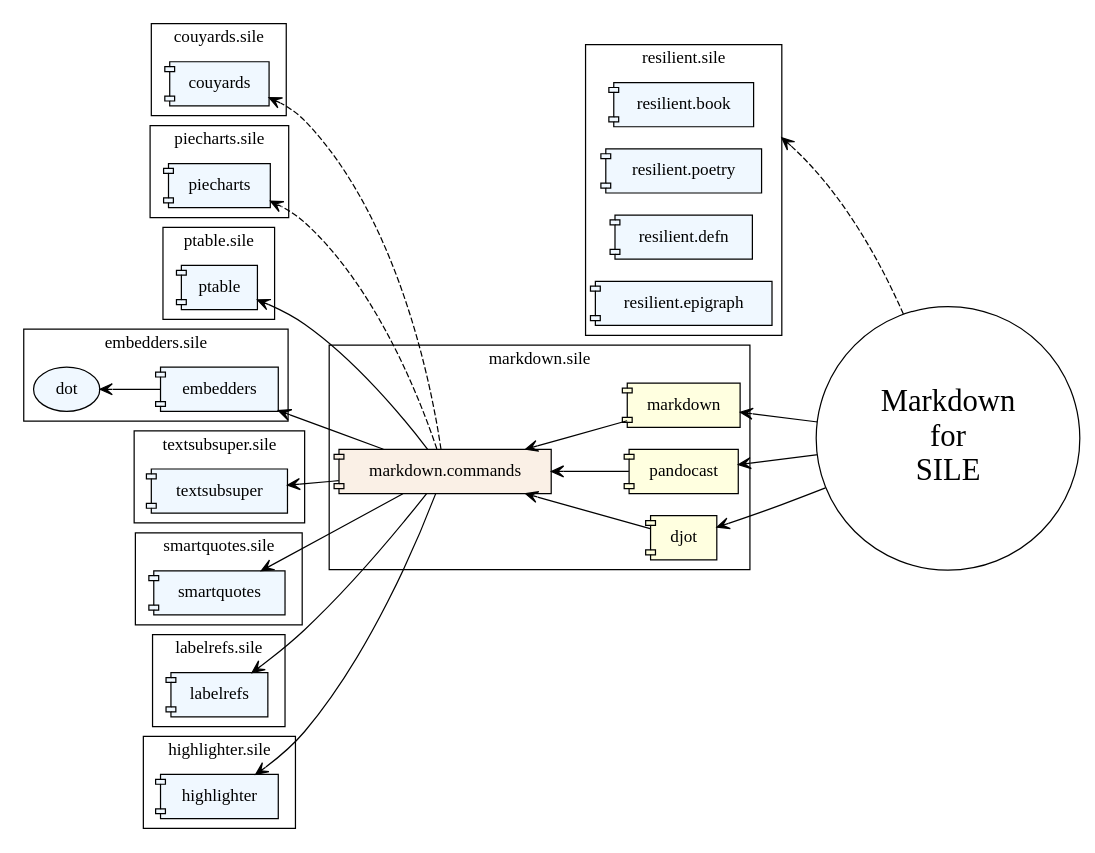
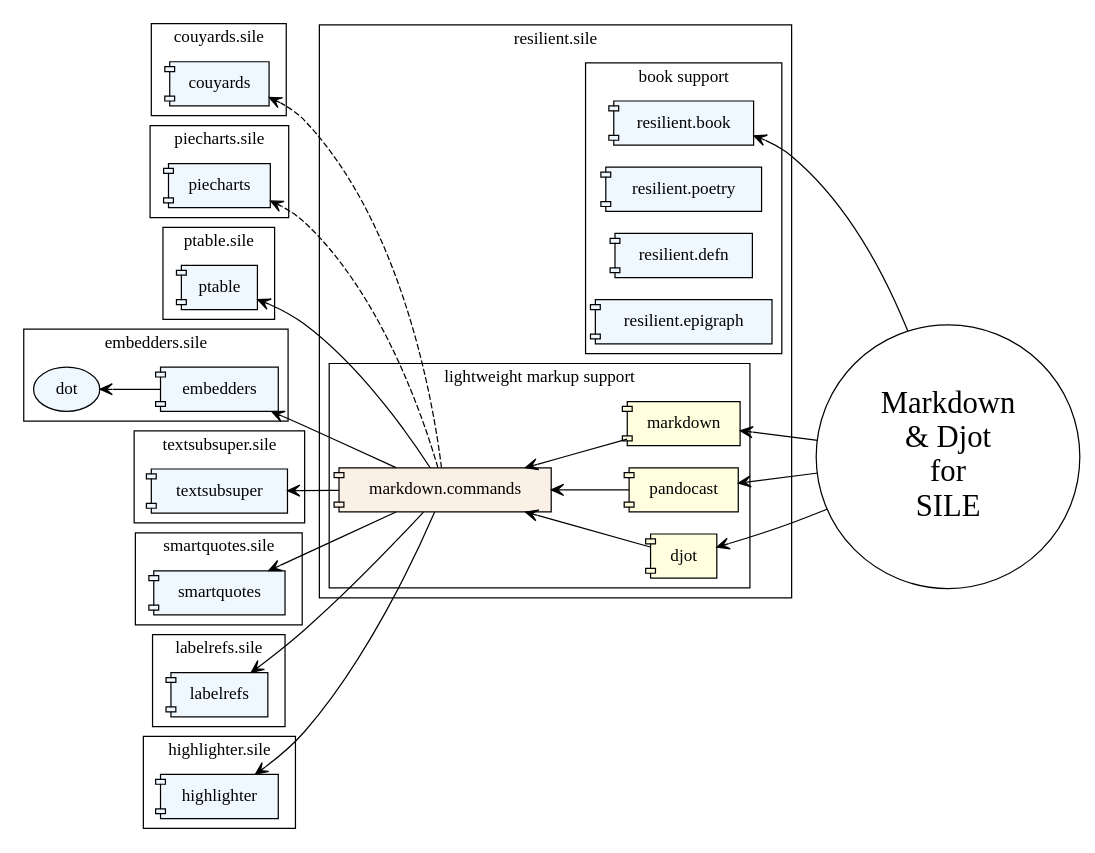
One commit to Omikhleia/resilient.sile changed the diagram in guides/djot-markdown/markdown-sile-schema.dot. Above: the diagram before and after it, drawn with Graphviz. The commit also changed 14 other files, not shown here.

Commit message:
docs: Remove mentions of markdown.sile and update wording

```diff
--- a/guides/djot-markdown/markdown-sile-schema.dot
+++ b/guides/djot-markdown/markdown-sile-schema.dot
@@ -1,97 +1,101 @@
 digraph omikhleia {
   rankdir=RL;
   compound=true;
   edge [
     arrowhead="vee"
   ];
 
   subgraph cluster_couyards {
     label = "couyards.sile";
 
     couyards [shape=component,style=filled,fillcolor=aliceblue]
   }
 
   subgraph cluster_piecharts {
     label = "piecharts.sile";
 
     piecharts [shape=component,style=filled,fillcolor=aliceblue]
   }
 
   subgraph cluster_ptable {
     label = "ptable.sile";
 
     ptable [shape=component,style=filled,fillcolor=aliceblue]
   }
 
   subgraph cluster_embedders {
     label = "embedders.sile";
 
     embedders [shape=component,style=filled,fillcolor=aliceblue]
     dot [style=filled,fillcolor=aliceblue]
 
     embedders -> dot
   }
 
   subgraph cluster_textsubsuper {
     label = "textsubsuper.sile";
 
     textsubsuper [shape=component,style=filled,fillcolor=aliceblue]
   }
 
   subgraph cluster_smartquotes {
     label = "smartquotes.sile";
 
     smartquotes [shape=component,style=filled,fillcolor=aliceblue]
 
   }
 
   subgraph cluster_labelrefs {
     label = "labelrefs.sile";
 
     labelrefs [shape=component,style=filled,fillcolor=aliceblue]
   }
 
   subgraph cluster_highlighter {
     label = "highlighter.sile";
 
     highlighter [shape=component,style=filled,fillcolor=aliceblue]
   }
 
-  subgraph cluster_resilient {
+  subgraph cluster_x {
     label = "resilient.sile";
 
-    book [shape=component,style=filled,fillcolor=aliceblue,label="resilient.book"]
-    poetry [shape=component,style=filled,fillcolor=aliceblue,label="resilient.poetry"]
-    defn [shape=component,style=filled,fillcolor=aliceblue,label="resilient.defn"]
-    epigraph [shape=component,style=filled,fillcolor=aliceblue,label="resilient.epigraph"]
+    subgraph cluster_resilient {
+      label = "book support";
+  
+      book [shape=component,style=filled,fillcolor=aliceblue,label="resilient.book"]
+      poetry [shape=component,style=filled,fillcolor=aliceblue,label="resilient.poetry"]
+      defn [shape=component,style=filled,fillcolor=aliceblue,label="resilient.defn"]
+      epigraph [shape=component,style=filled,fillcolor=aliceblue,label="resilient.epigraph"]
+    }
+  
+    subgraph cluster_markdown {
+      label = "lightweight markup support";
+  
+      markdown [shape=component,style=filled,fillcolor=lightyellow]
+      pandocast [shape=component,style=filled,fillcolor=lightyellow]
+      djot [shape=component,style=filled,fillcolor=lightyellow]
+  
+      mrkcmd [shape=component,label="markdown.commands",style=filled,fillcolor=linen]
+  
+      markdown -> mrkcmd
+      pandocast -> mrkcmd
+      djot -> mrkcmd
+  
+      mrkcmd -> embedders
+      mrkcmd -> labelrefs
+      mrkcmd -> ptable
+      mrkcmd -> smartquotes
+      mrkcmd -> textsubsuper
+      mrkcmd -> highlighter
+      mrkcmd -> couyards [style=dashed]
+      mrkcmd -> piecharts [style=dashed]
+    }
   }
 
-  subgraph cluster_markdown {
-    label = "markdown.sile";
-
-    markdown [shape=component,style=filled,fillcolor=lightyellow]
-    pandocast [shape=component,style=filled,fillcolor=lightyellow]
-    djot [shape=component,style=filled,fillcolor=lightyellow]
-
-    mrkcmd [shape=component,label="markdown.commands",style=filled,fillcolor=linen]
-
-    markdown -> mrkcmd
-    pandocast -> mrkcmd
-    djot -> mrkcmd
-
-    mrkcmd -> embedders
-    mrkcmd -> labelrefs
-    mrkcmd -> ptable
-    mrkcmd -> smartquotes
-    mrkcmd -> textsubsuper
-    mrkcmd -> highlighter
-    mrkcmd -> couyards [style=dashed]
-    mrkcmd -> piecharts [style=dashed]
-  }
-
-  mybook [shape = circle, label="Markdown\nfor\nSILE", fontsize="25"]
+  mybook [shape = circle, label="Markdown\n& Djot\nfor\nSILE", fontsize="25"]
   mybook -> markdown
   mybook -> pandocast
   mybook -> djot
-  mybook -> book [style=dashed, lhead=cluster_resilient]
+  mybook -> book
 }
```
